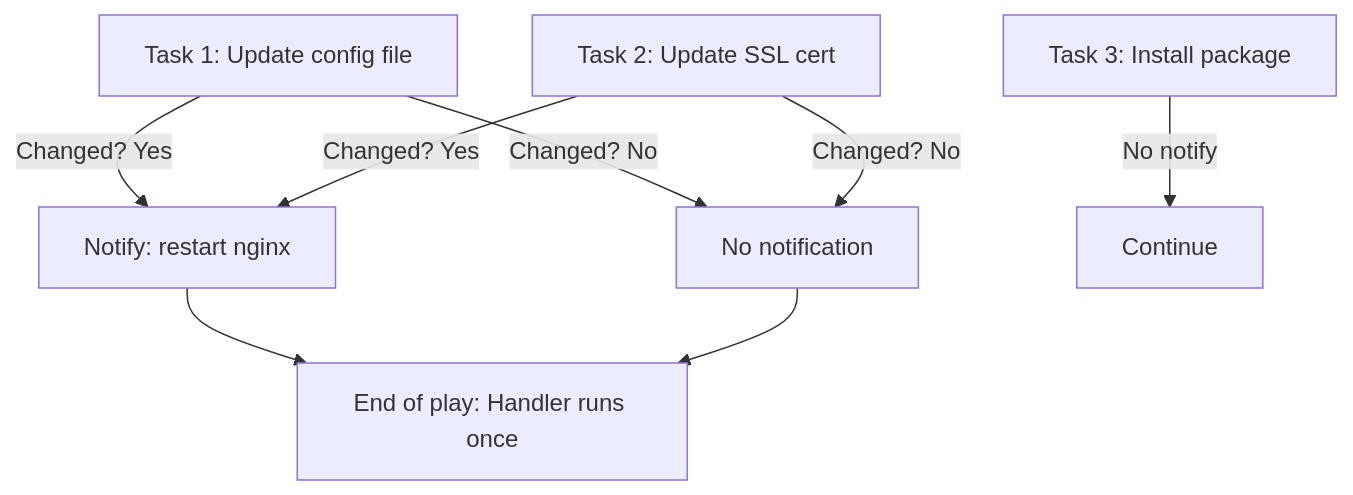
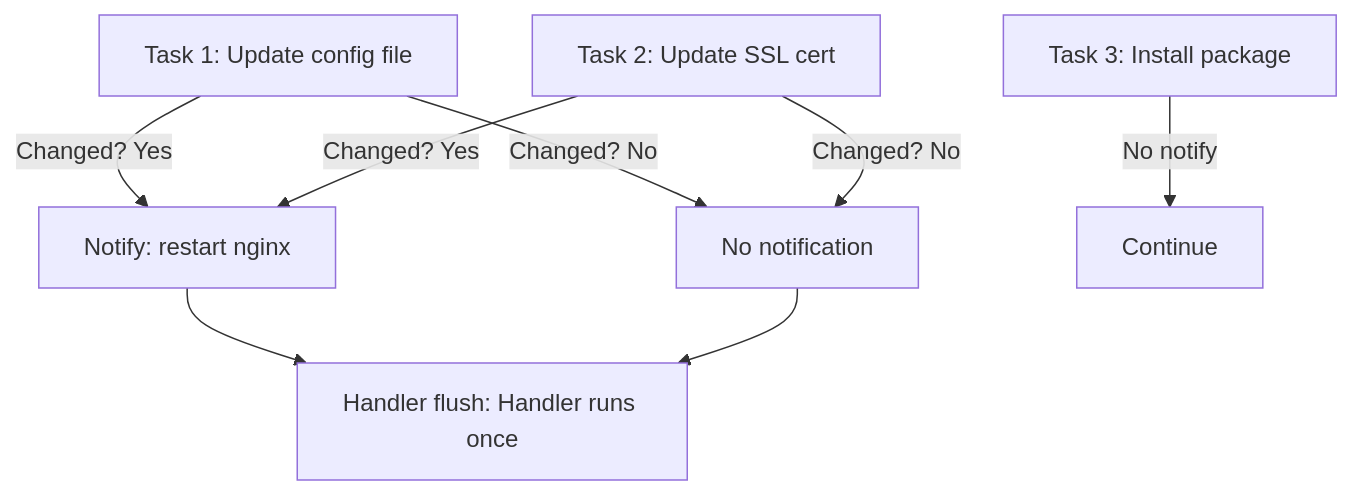
One commit to OneUptime/blog changed the diagram in posts/2026-02-21-how-to-use-ansible-notify-and-handlers-for-service-restarts/README.md. Above: the diagram before and after it, drawn with Mermaid. The commit also changed other lines of this file and 2 other files, not shown here.

````diff
--- a/posts/2026-02-21-how-to-use-ansible-notify-and-handlers-for-service-restarts/README.md
+++ b/posts/2026-02-21-how-to-use-ansible-notify-and-handlers-for-service-restarts/README.md
@@ -17,10 +17,10 @@
 ```mermaid
 graph TD
     A[Task 1: Update config file] -->|Changed? Yes| B[Notify: restart nginx]
     A -->|Changed? No| C[No notification]
     D[Task 2: Update SSL cert] -->|Changed? Yes| B
     D -->|Changed? No| C
     E[Task 3: Install package] -->|No notify| F[Continue]
-    B --> G[End of play: Handler runs once]
+    B --> G[Handler flush: Handler runs once]
     C --> G
 ```
````
